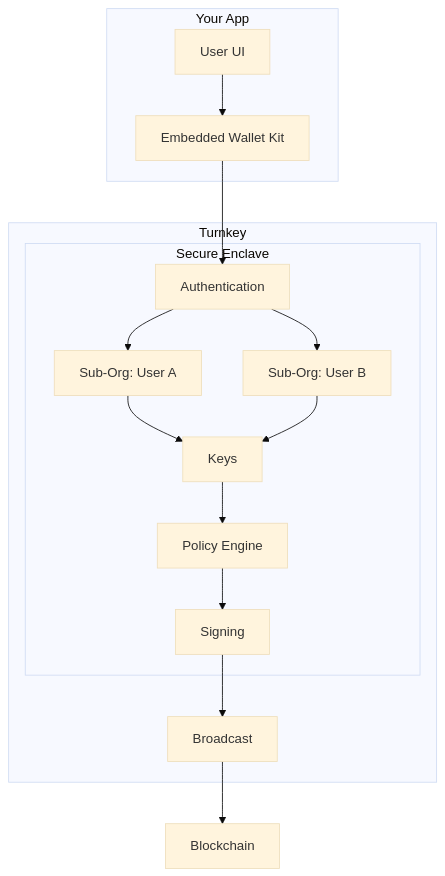
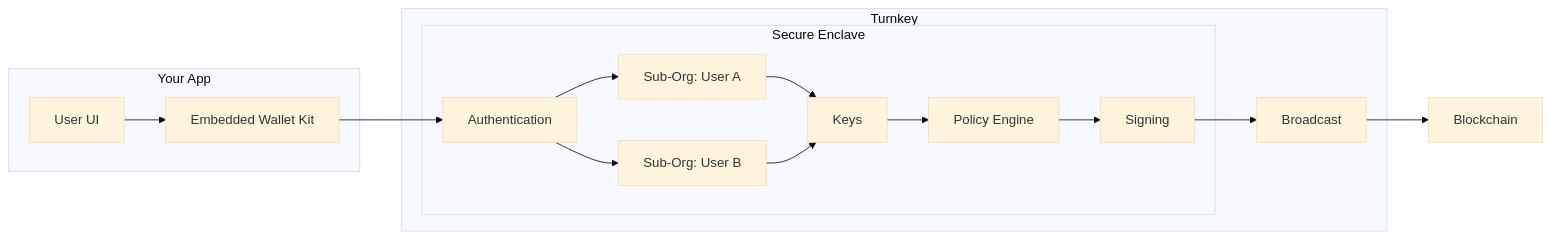
Before and after one commit to tkhq/docs: the diagram in embedded-wallets/code-examples/consumer-embeddedwallet.mdx, drawn with Mermaid (base theme). The commit also changed other lines of this file, not shown here.

````diff
--- a/embedded-wallets/code-examples/consumer-embeddedwallet.mdx
+++ b/embedded-wallets/code-examples/consumer-embeddedwallet.mdx
@@ -88,32 +101,32 @@
 ```mermaid
-graph TD
+graph LR
   subgraph app [Your App]
     UI[User UI]
     EWK[Embedded Wallet Kit]
   end
 
   subgraph turnkey [Turnkey]
     subgraph enclave [Secure Enclave]
       Auth[Authentication]
       SubA[Sub-Org: User A]
       SubB[Sub-Org: User B]
       Keys[Keys]
       PolicyEngine[Policy Engine]
       Signing[Signing]
     end
     Broadcast[Broadcast]
   end
 
   Blockchain[Blockchain]
 
   UI --> EWK
   EWK --> Auth
   Auth --> SubA
   Auth --> SubB
   SubA --> Keys
   SubB --> Keys
   Keys --> PolicyEngine
   PolicyEngine --> Signing
   Signing --> Broadcast
   Broadcast --> Blockchain
 ```
````
